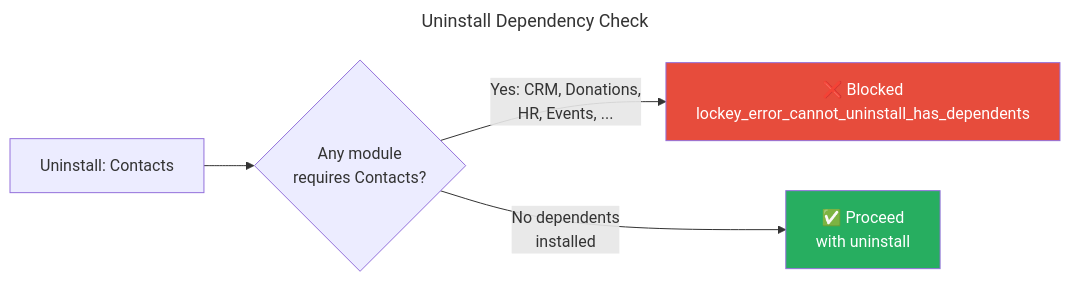
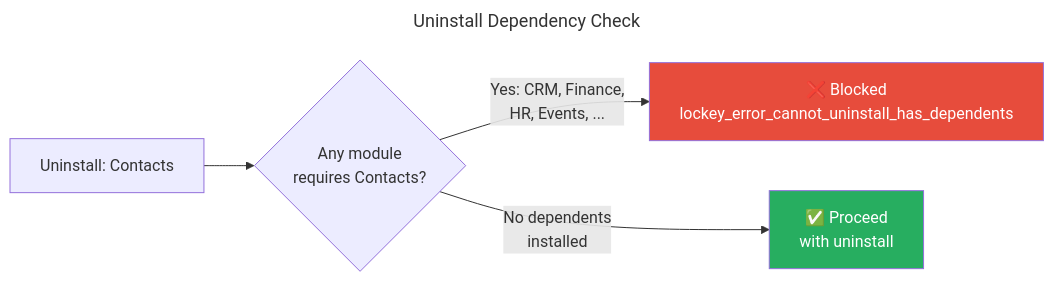
Before and after one commit to cemililik/Nexora: the third of 3 diagrams in docs/diagrams/module-dependencies.md, drawn with Mermaid. The commit also changed other lines of this file and 13 other files, not shown here.

````diff
--- a/docs/diagrams/module-dependencies.md
+++ b/docs/diagrams/module-dependencies.md
@@ -265,12 +270,12 @@
 ```mermaid
 ---
 title: Uninstall Dependency Check
 ---
 flowchart LR
     Request["Uninstall: Contacts"] --> Check{"Any module\nrequires Contacts?"}
-    Check -->|"Yes: CRM, Donations,\nHR, Events, ..."| Blocked["❌ Blocked\nlockey_error_cannot_uninstall_has_dependents"]
+    Check -->|"Yes: CRM, Finance,\nHR, Events, ..."| Blocked["❌ Blocked\nlockey_error_cannot_uninstall_has_dependents"]
     Check -->|"No dependents\ninstalled"| Proceed["✅ Proceed\nwith uninstall"]
 
     style Blocked fill:#e74c3c,color:#fff
     style Proceed fill:#27ae60,color:#fff
 ```
````
